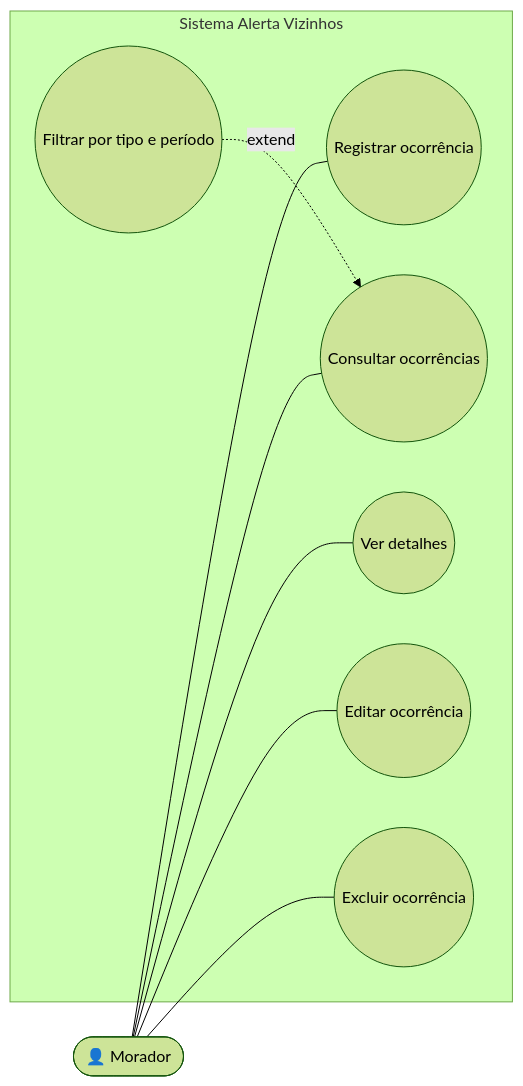
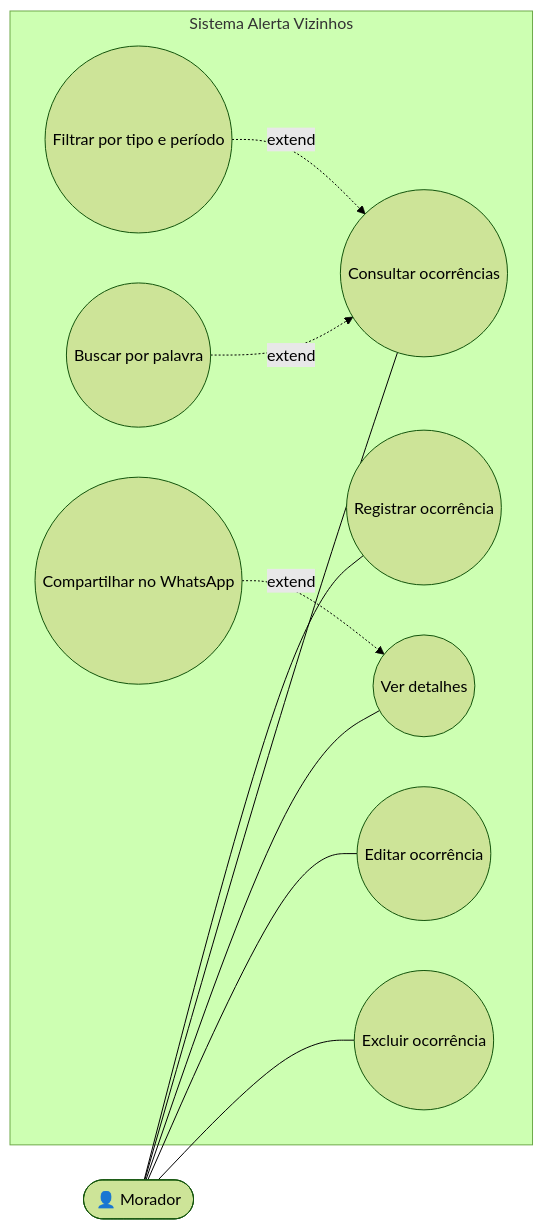
One commit to guilhermeramos0603/alerta-vizinhos changed the first of 4 diagrams in docs/situacao-1/03-uml.md. Above: the diagram before and after it, drawn with Mermaid (forest theme). The commit also changed other lines of this file and 12 other files, not shown here.

````diff
--- a/docs/situacao-1/03-uml.md
+++ b/docs/situacao-1/03-uml.md
@@ -7,18 +7,22 @@
 ```mermaid
 flowchart LR
     morador(["👤 Morador"])
     subgraph Sistema Alerta Vizinhos
         uc1(("Registrar ocorrência"))
         uc2(("Consultar ocorrências"))
         uc3(("Filtrar por tipo e período"))
         uc4(("Ver detalhes"))
         uc5(("Editar ocorrência"))
         uc6(("Excluir ocorrência"))
+        uc7(("Buscar por palavra"))
+        uc8(("Compartilhar no WhatsApp"))
     end
     morador --- uc1
     morador --- uc2
     morador --- uc4
     morador --- uc5
     morador --- uc6
     uc3 -. "extend" .-> uc2
+    uc7 -. "extend" .-> uc2
+    uc8 -. "extend" .-> uc4
 ```
````
